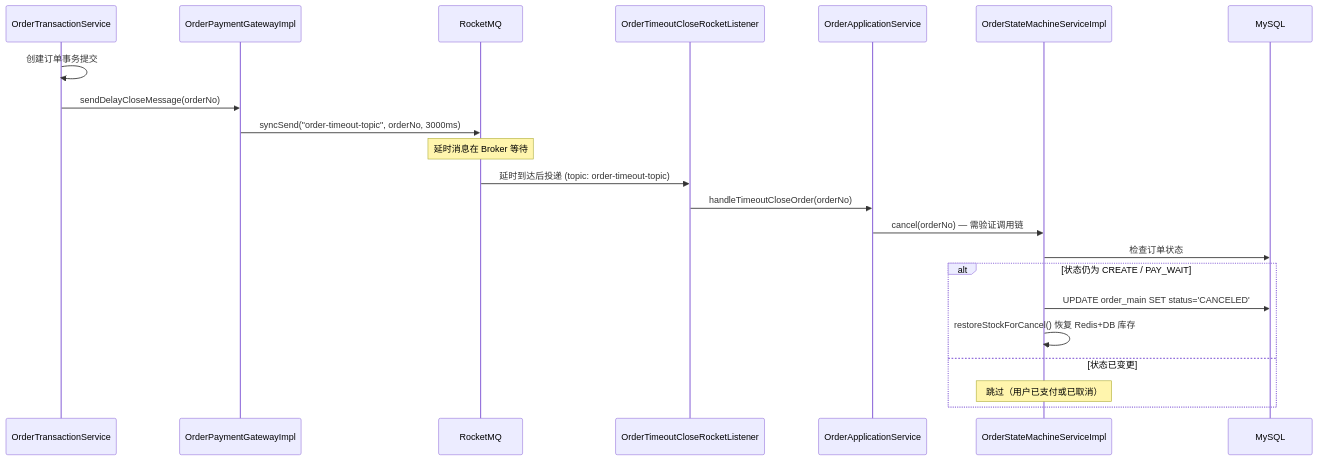
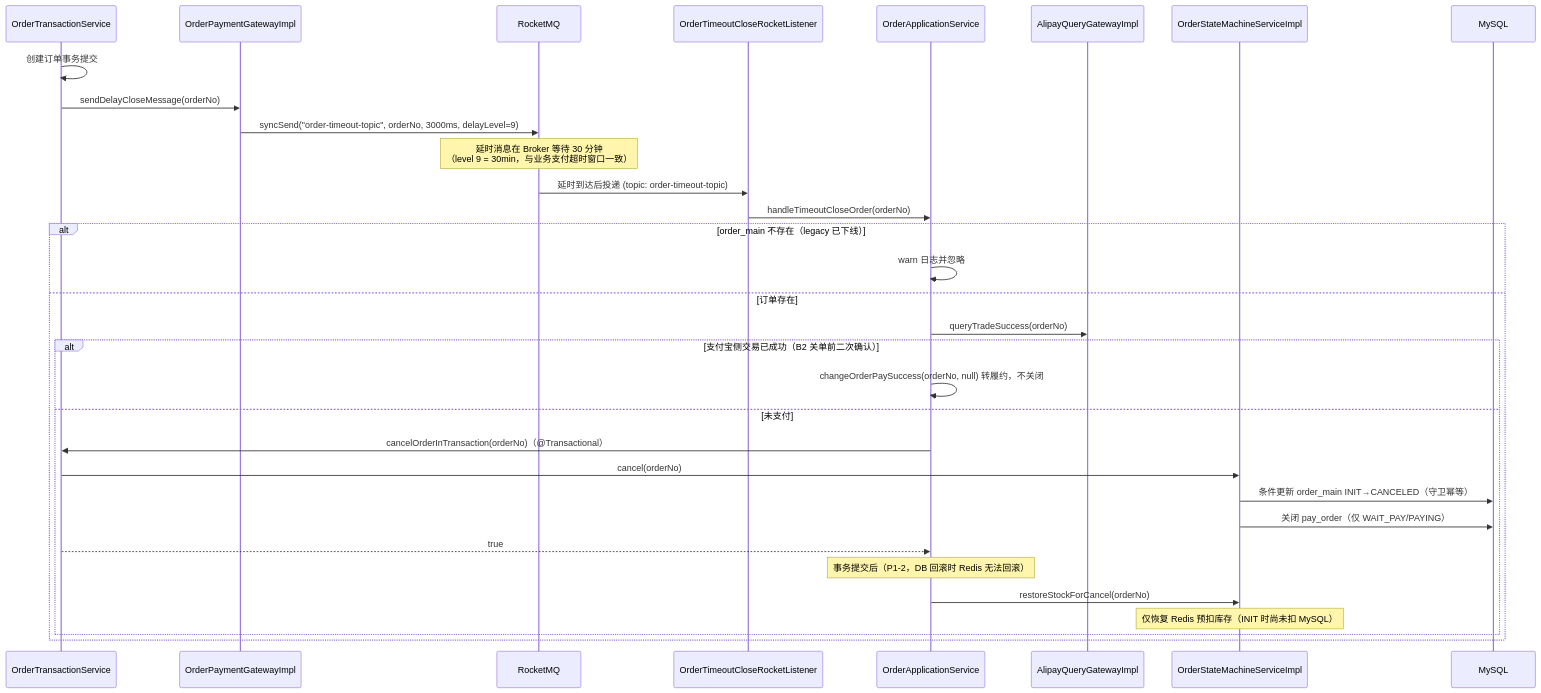
Before and after one commit to sxlva/s-pay-mall: the fifth of 5 diagrams in docs/design/module-order-pay.md, drawn with Mermaid. The commit also changed other lines of this file and 3 other files, not shown here.

````diff
--- a/docs/design/module-order-pay.md
+++ b/docs/design/module-order-pay.md
@@ -195,25 +196,35 @@
 ```mermaid
 sequenceDiagram
     participant TX as OrderTransactionService
     participant GW as OrderPaymentGatewayImpl
     participant MQ as RocketMQ
     participant L as OrderTimeoutCloseRocketListener
     participant S as OrderApplicationService
+    participant Q as AlipayQueryGatewayImpl
     participant OSS as OrderStateMachineServiceImpl
     participant DB as MySQL
 
     TX->>TX: 创建订单事务提交
     TX->>GW: sendDelayCloseMessage(orderNo)
-    GW->>MQ: syncSend("order-timeout-topic", orderNo, 3000ms)
-    Note over MQ: 延时消息在 Broker 等待
+    GW->>MQ: syncSend("order-timeout-topic", orderNo, 3000ms, delayLevel=9)
+    Note over MQ: 延时消息在 Broker 等待 30 分钟<br/>（level 9 = 30min，与业务支付超时窗口一致）
     MQ->>L: 延时到达后投递 (topic: order-timeout-topic)
     L->>S: handleTimeoutCloseOrder(orderNo)
-    S->>OSS: cancel(orderNo) — 需验证调用链
-    OSS->>DB: 检查订单状态
-    alt 状态仍为 CREATE / PAY_WAIT
-        OSS->>DB: UPDATE order_main SET status='CANCELED'
-        OSS->>OSS: restoreStockForCancel() 恢复 Redis+DB 库存
-    else 状态已变更
-        Note over OSS: 跳过（用户已支付或已取消）
+    alt order_main 不存在（legacy 已下线）
+        S->>S: warn 日志并忽略
+    else 订单存在
+        S->>Q: queryTradeSuccess(orderNo)
+        alt 支付宝侧交易已成功（B2 关单前二次确认）
+            S->>S: changeOrderPaySuccess(orderNo, null) 转履约，不关闭
+        else 未支付
+            S->>TX: cancelOrderInTransaction(orderNo)（@Transactional）
+            TX->>OSS: cancel(orderNo)
+            OSS->>DB: 条件更新 order_main INIT→CANCELED（守卫幂等）
+            OSS->>DB: 关闭 pay_order（仅 WAIT_PAY/PAYING）
+            TX-->>S: true
+            Note over S: 事务提交后（P1-2，DB 回滚时 Redis 无法回滚）
+            S->>OSS: restoreStockForCancel(orderNo)
+            Note over OSS: 仅恢复 Redis 预扣库存（INIT 时尚未扣 MySQL）
+        end
     end
 ```
````
